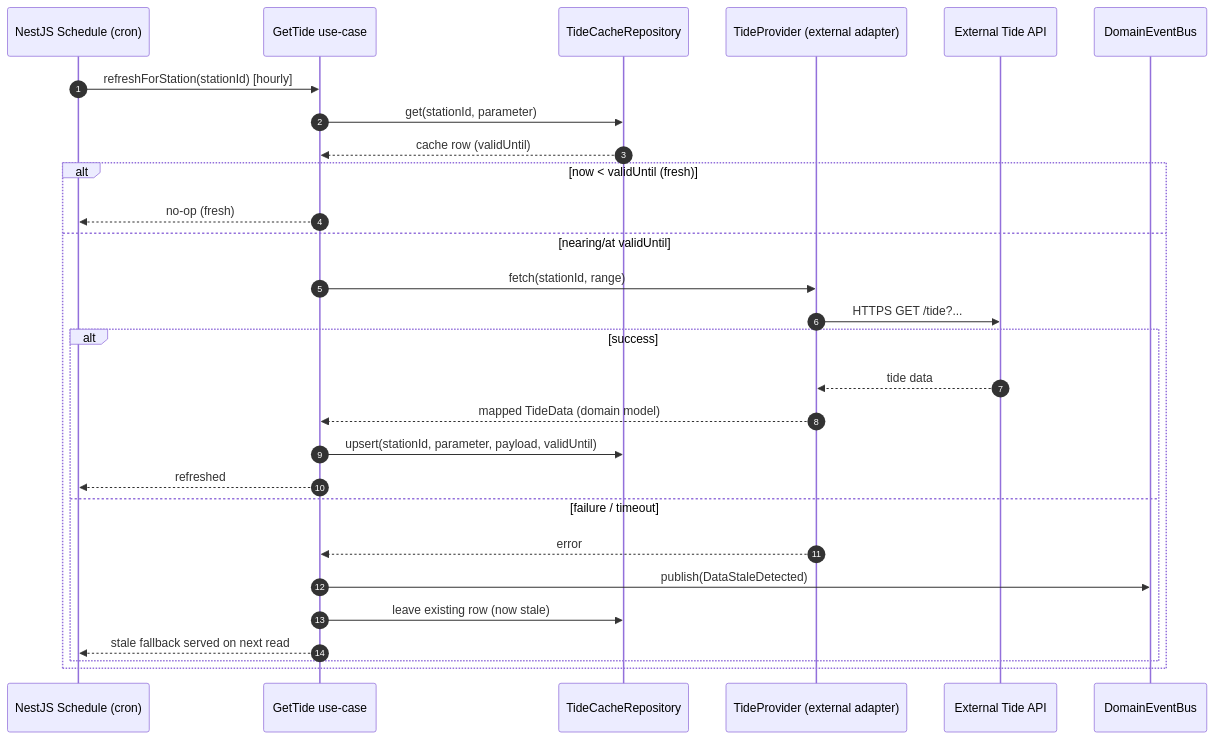
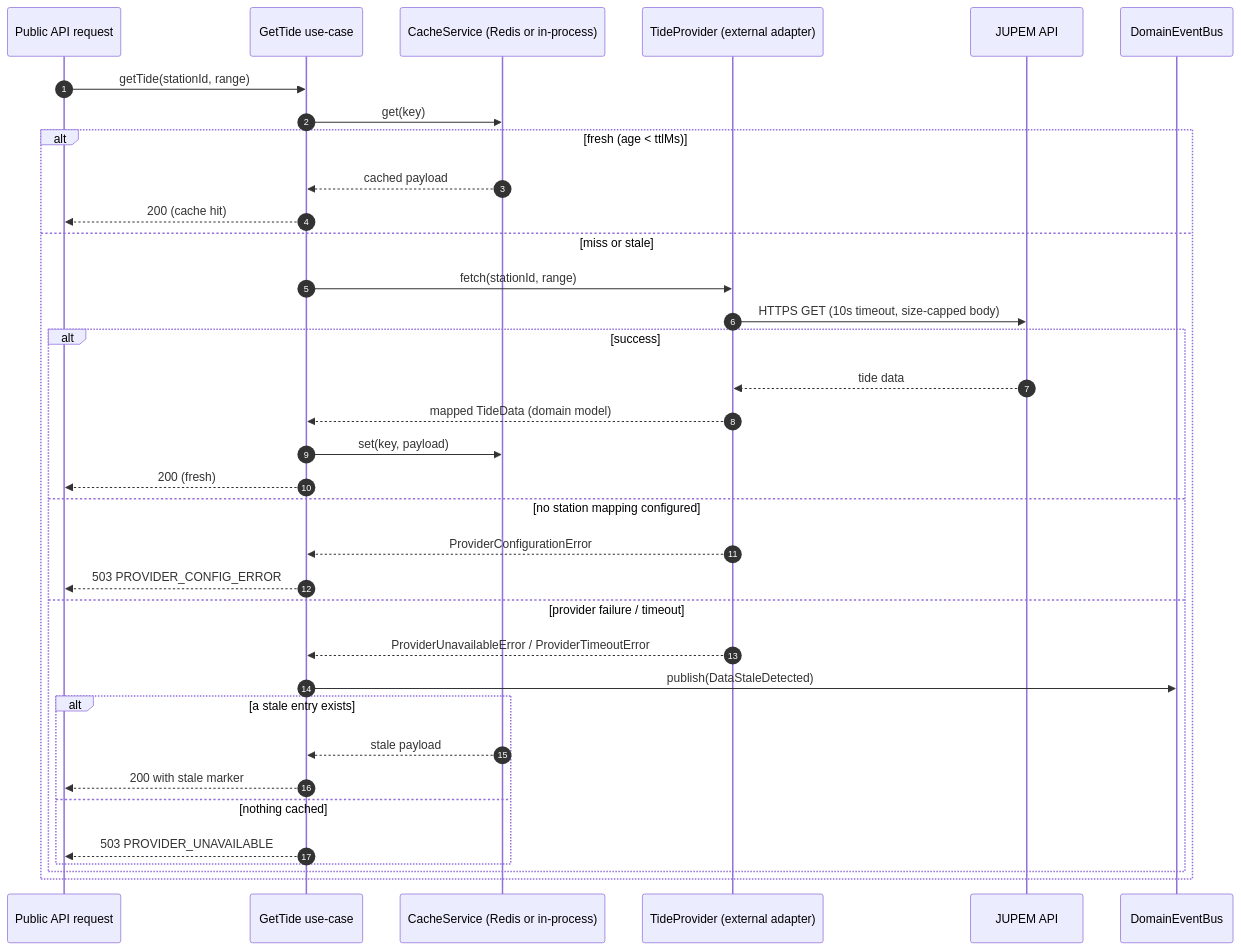
The fifth of 9 diagrams in docs/api/SEQUENCE_DIAGRAMS.md (lqpcbaru/MarineOps-Calendar), drawn with Mermaid before and after one commit. The commit also changed other lines of this file and 1 other file, not shown here.

````diff
--- a/docs/api/SEQUENCE_DIAGRAMS.md
+++ b/docs/api/SEQUENCE_DIAGRAMS.md
@@ -199,31 +207,38 @@
 ```mermaid
 sequenceDiagram
     autonumber
-    participant CRON as NestJS Schedule (cron)
+    participant A as Public API request
     participant UC as GetTide use-case
-    participant CACHE as TideCacheRepository
+    participant CACHE as CacheService (Redis or in-process)
     participant PROV as TideProvider (external adapter)
-    participant API as External Tide API
+    participant API as JUPEM API
     participant E as DomainEventBus
 
-    CRON->>UC: refreshForStation(stationId) [hourly]
-    UC->>CACHE: get(stationId, parameter)
-    CACHE-->>UC: cache row (validUntil)
-    alt now < validUntil (fresh)
-        UC-->>CRON: no-op (fresh)
-    else nearing/at validUntil
+    A->>UC: getTide(stationId, range)
+    UC->>CACHE: get(key)
+    alt fresh (age < ttlMs)
+        CACHE-->>UC: cached payload
+        UC-->>A: 200 (cache hit)
+    else miss or stale
         UC->>PROV: fetch(stationId, range)
-        PROV->>API: HTTPS GET /tide?...
+        PROV->>API: HTTPS GET (10s timeout, size-capped body)
         alt success
             API-->>PROV: tide data
             PROV-->>UC: mapped TideData (domain model)
-            UC->>CACHE: upsert(stationId, parameter, payload, validUntil)
-            UC-->>CRON: refreshed
-        else failure / timeout
-            PROV-->>UC: error
+            UC->>CACHE: set(key, payload)
+            UC-->>A: 200 (fresh)
+        else no station mapping configured
+            PROV-->>UC: ProviderConfigurationError
+            UC-->>A: 503 PROVIDER_CONFIG_ERROR
+        else provider failure / timeout
+            PROV-->>UC: ProviderUnavailableError / ProviderTimeoutError
             UC->>E: publish(DataStaleDetected)
-            UC->>CACHE: leave existing row (now stale)
-            UC-->>CRON: stale fallback served on next read
+            alt a stale entry exists
+                CACHE-->>UC: stale payload
+                UC-->>A: 200 with stale marker
+            else nothing cached
+                UC-->>A: 503 PROVIDER_UNAVAILABLE
+            end
         end
     end
 ```
````
